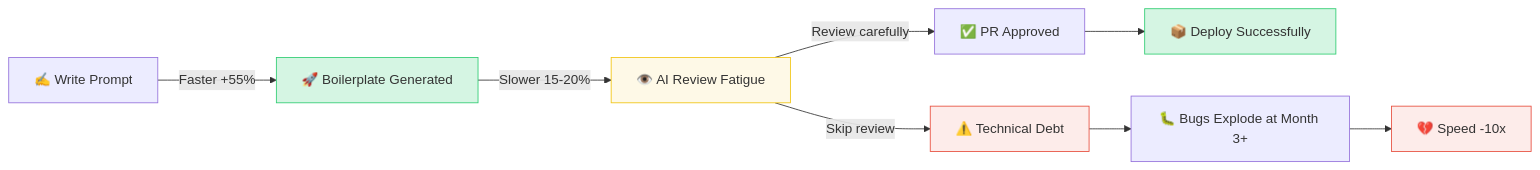
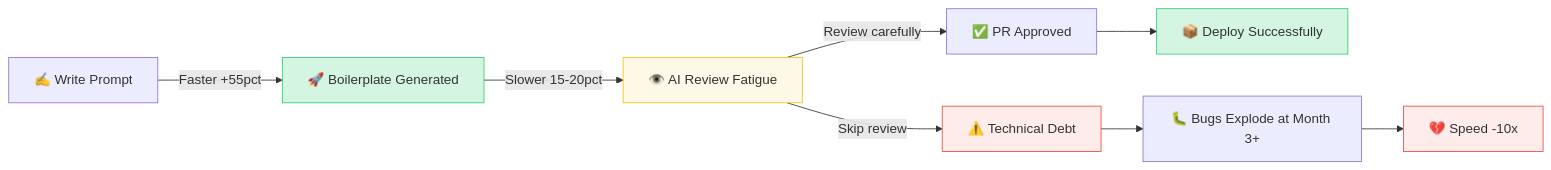
One commit to vesviet/vesviet changed the diagram in content/series/ai-driven-engineer/part-3-the-10x-productivity-reality.md. Above: the diagram before and after it, drawn with Mermaid.

Commit message:
fix: replace % with pct in Mermaid edge labels to fix lexical error (part-3)

````diff
--- a/content/series/ai-driven-engineer/part-3-the-10x-productivity-reality.md
+++ b/content/series/ai-driven-engineer/part-3-the-10x-productivity-reality.md
@@ -29,16 +29,16 @@
 ```mermaid
 graph LR
-    A["✍️ Write Prompt"] -->|Faster +55%| B["🚀 Boilerplate Generated"]
-    B -->|Slower 15-20%| C["👁️ AI Review Fatigue"]
+    A["✍️ Write Prompt"] -->|Faster +55pct| B["🚀 Boilerplate Generated"]
+    B -->|Slower 15-20pct| C["👁️ AI Review Fatigue"]
     C -->|Skip review| D["⚠️ Technical Debt"]
     C -->|Review carefully| E["✅ PR Approved"]
     E --> F["📦 Deploy Successfully"]
     D --> G["🐛 Bugs Explode at Month 3+"]
     G --> H["💔 Speed -10x"]
 
     style B fill:#d5f5e3,stroke:#2ecc71
     style C fill:#fef9e7,stroke:#f1c40f
     style D fill:#fdecea,stroke:#e74c3c
     style H fill:#fdecea,stroke:#e74c3c
     style F fill:#d5f5e3,stroke:#2ecc71
 ```
````
